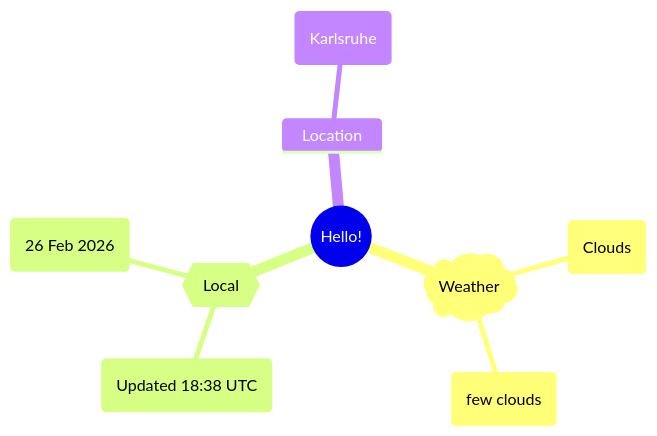
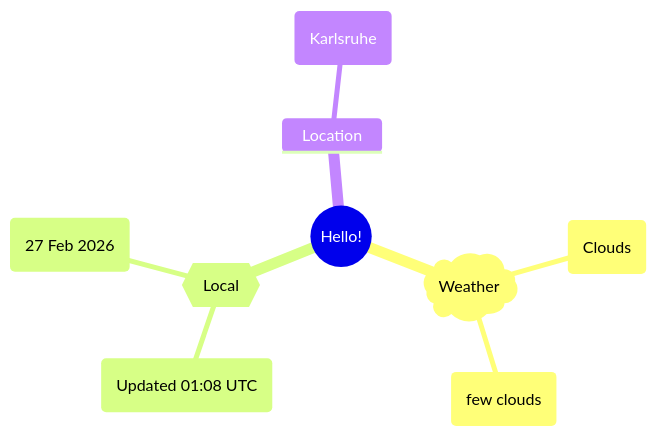
The first of 2 diagrams in README.md (Xosrov/Xosrov), drawn with Mermaid before and after one commit.

Commit message:
[bot] updated images

````diff
--- a/README.md
+++ b/README.md
@@ -3,12 +3,12 @@
 ```mermaid
 mindmap
   root((Hello!))
     )Weather(
         (Clouds)
         (few clouds)
     {{Local}}
-        (Updated 18:38 UTC)
-        (26 Feb 2026)
+        (Updated 01:08 UTC)
+        (27 Feb 2026)
     Location
         (Karlsruhe)
 ```
````
